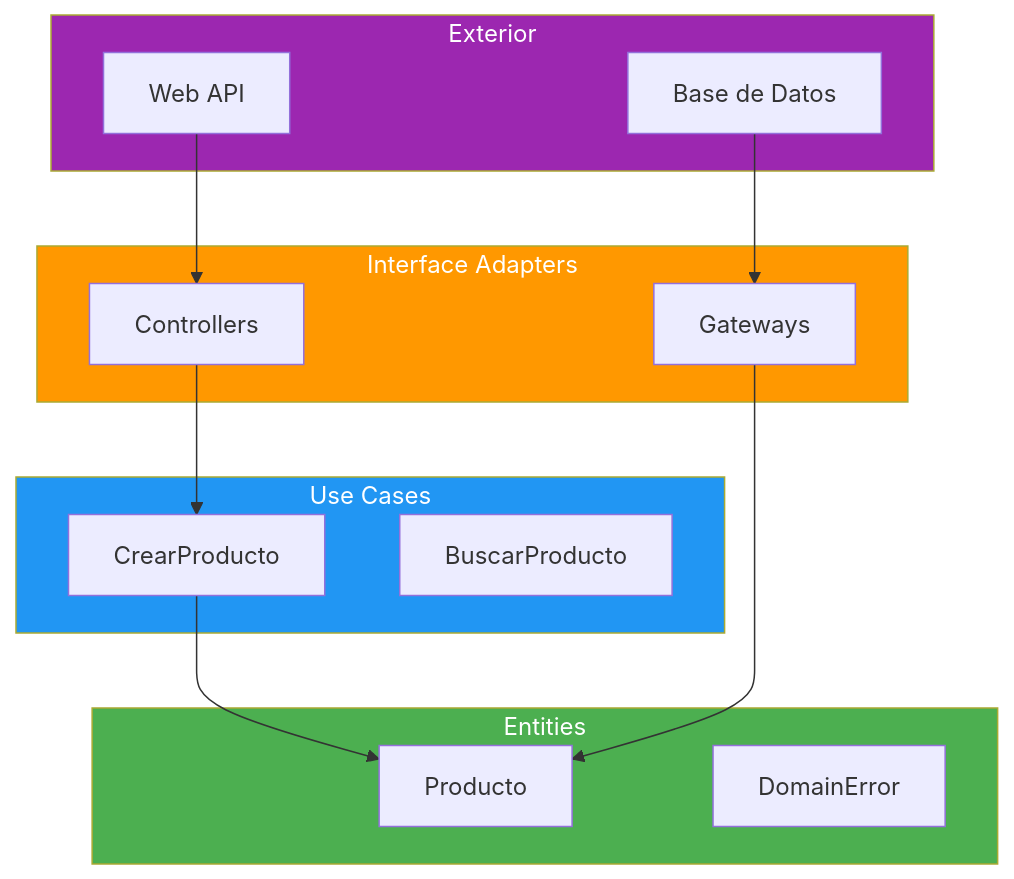
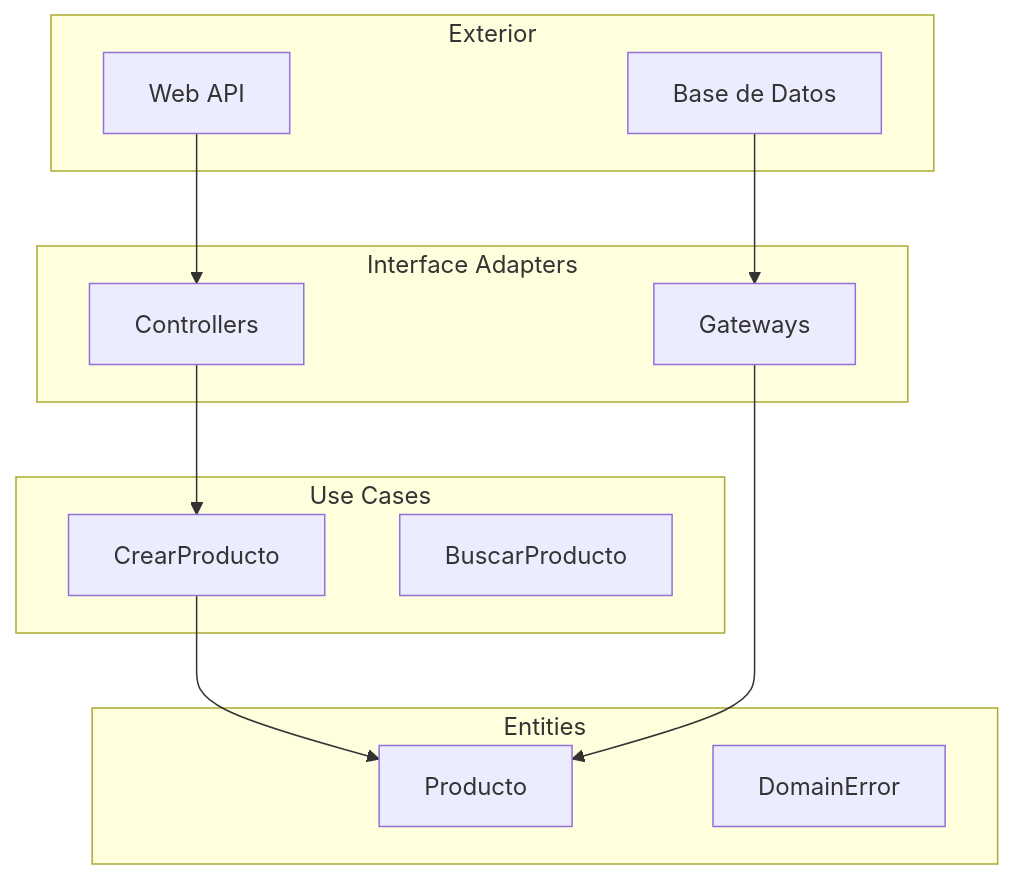
One commit to joseluisgs/DesarrolloWebEntornosServidor-02-2026-2027 changed the third of 8 diagrams in 11-clean-architecture.md. Above: the diagram before and after it, drawn with Mermaid. The commit also changed other lines of this file and 4 other files, not shown here.

Commit message:
docs: quitar el relleno a los subgraf de los diagramas de los temas 01, 10, 11, 19 y 30

````diff
--- a/11-clean-architecture.md
+++ b/11-clean-architecture.md
@@ -244,33 +239,29 @@
 ```mermaid
 flowchart TB
     subgraph EXTERIOR["Exterior"]
         WEB["Web API"]
         DB["Base de Datos"]
     end
 
     subgraph ADAPTERS["Interface Adapters"]
         CTRL["Controllers"]
         GW["Gateways"]
     end
 
     subgraph USECASES["Use Cases"]
         UC1["CrearProducto"]
         UC2["BuscarProducto"]
     end
 
     subgraph ENTITIES["Entities"]
         ENT1["Producto"]
         ENT2["DomainError"]
     end
 
     WEB --> CTRL
     CTRL --> UC1
     UC1 --> ENT1
     GW --> ENT1
     DB --> GW
 
-    style ENTITIES fill:#4CAF50,color:#fff
-    style USECASES fill:#2196F3,color:#fff
-    style ADAPTERS fill:#FF9800,color:#fff
-    style EXTERIOR fill:#9C27B0,color:#fff
 ```
````
